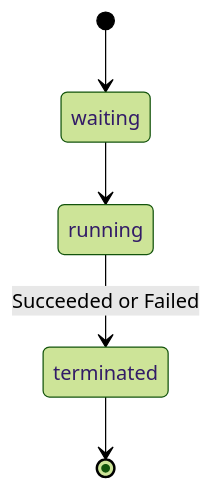
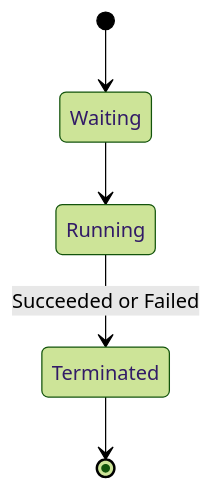
The third of 3 diagrams in README.md (MrSeekatar/K8sUtils), drawn with Mermaid (forest theme) before and after one commit. The commit also changed other lines of this file and 10 other files, not shown here.

````diff
--- a/README.md
+++ b/README.md
@@ -329,7 +328,7 @@
 ```mermaid
 stateDiagram
-    [*] --> waiting
-    waiting --> running
-    running --> terminated: Succeeded or Failed
-    terminated --> [*]
+    [*] --> Waiting
+    Waiting --> Running
+    Running --> Terminated: Succeeded or Failed
+    Terminated --> [*]
 ```
````
